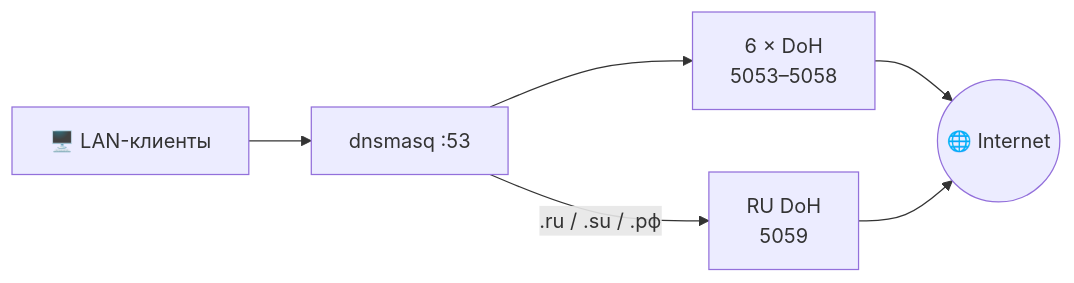
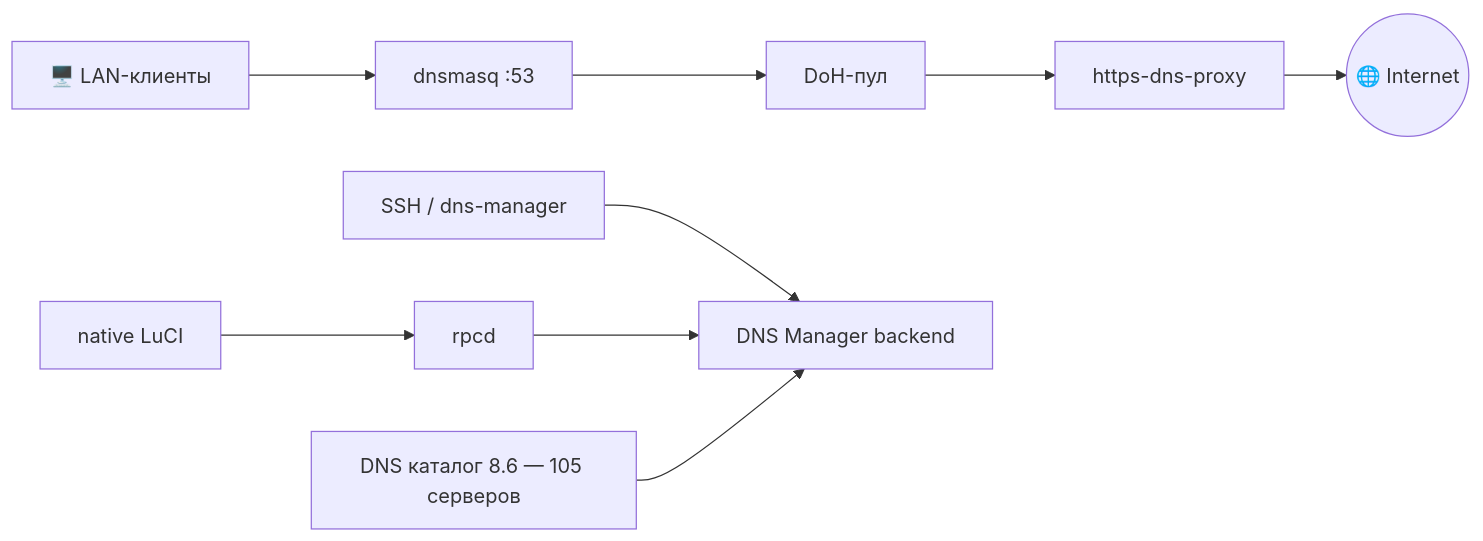
Before and after one commit to PoTuStoronu222/DNS-Manager: the diagram in README.md, drawn with Mermaid. The commit also changed other lines of this file, not shown here.

Commit message:
docs: update README for current DNS Manager and LuCI architecture

````diff
--- a/README.md
+++ b/README.md
@@ -17,8 +27,13 @@
-```mermaid
+~~~mermaid
 flowchart LR
   LAN["🖥️ LAN-клиенты"] --> DM["dnsmasq :53"]
-  DM --> POOL["6 × DoH\n5053–5058"]
-  DM -->|".ru / .su / .рф"| RU["RU DoH\n5059"]
-  POOL --> NET(("🌐 Internet"))
-  RU --> NET
-```
+  DM --> POOL["DoH-пул"]
+  POOL --> PROXY["https-dns-proxy"]
+  PROXY --> NET(("🌐 Internet"))
+
+  SSH["SSH / dns-manager"] --> BACKEND["DNS Manager backend"]
+  LUCI["native LuCI"] --> RPC["rpcd"]
+  RPC --> BACKEND
+
+  CAT["DNS каталог 8.6 — 105 серверов"] --> BACKEND
+~~~
````
